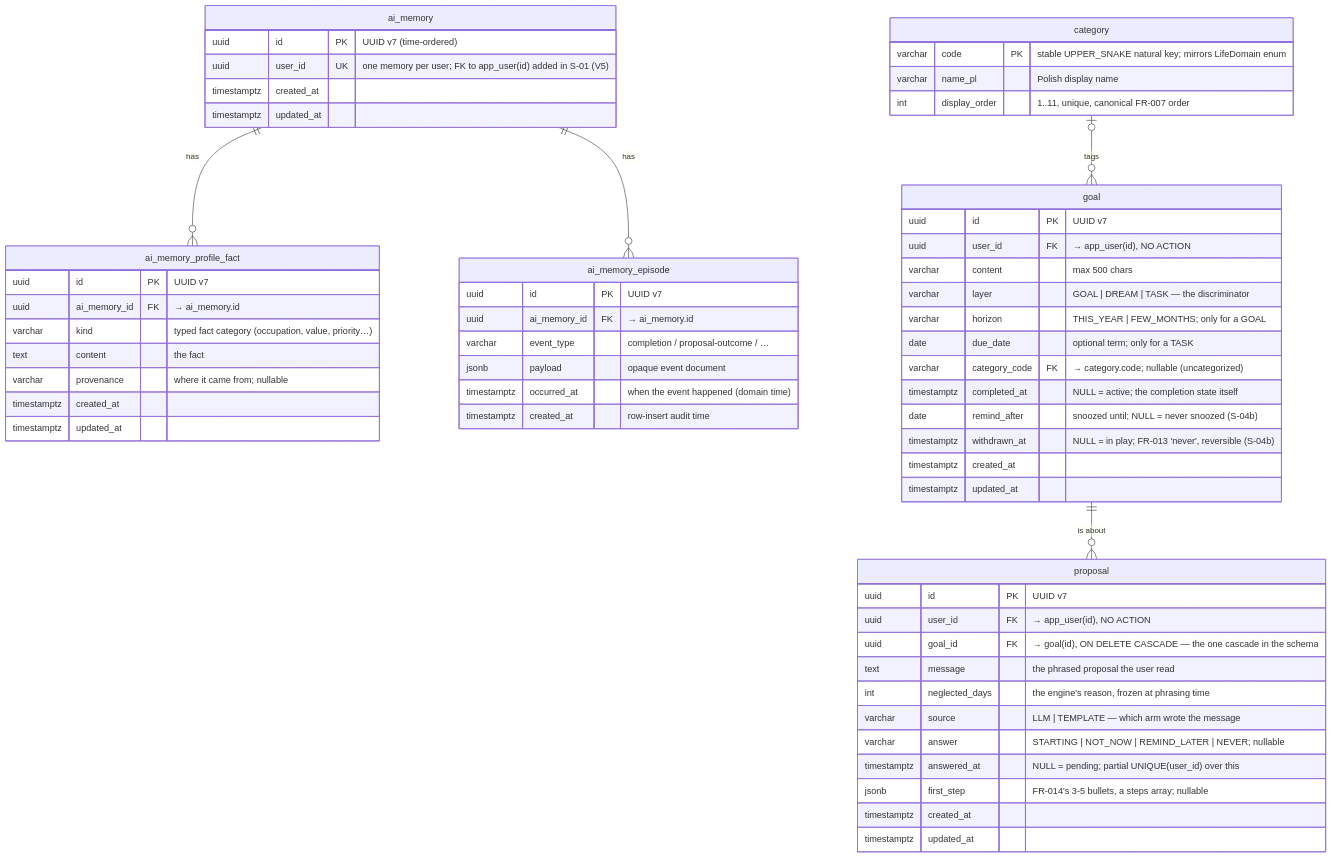
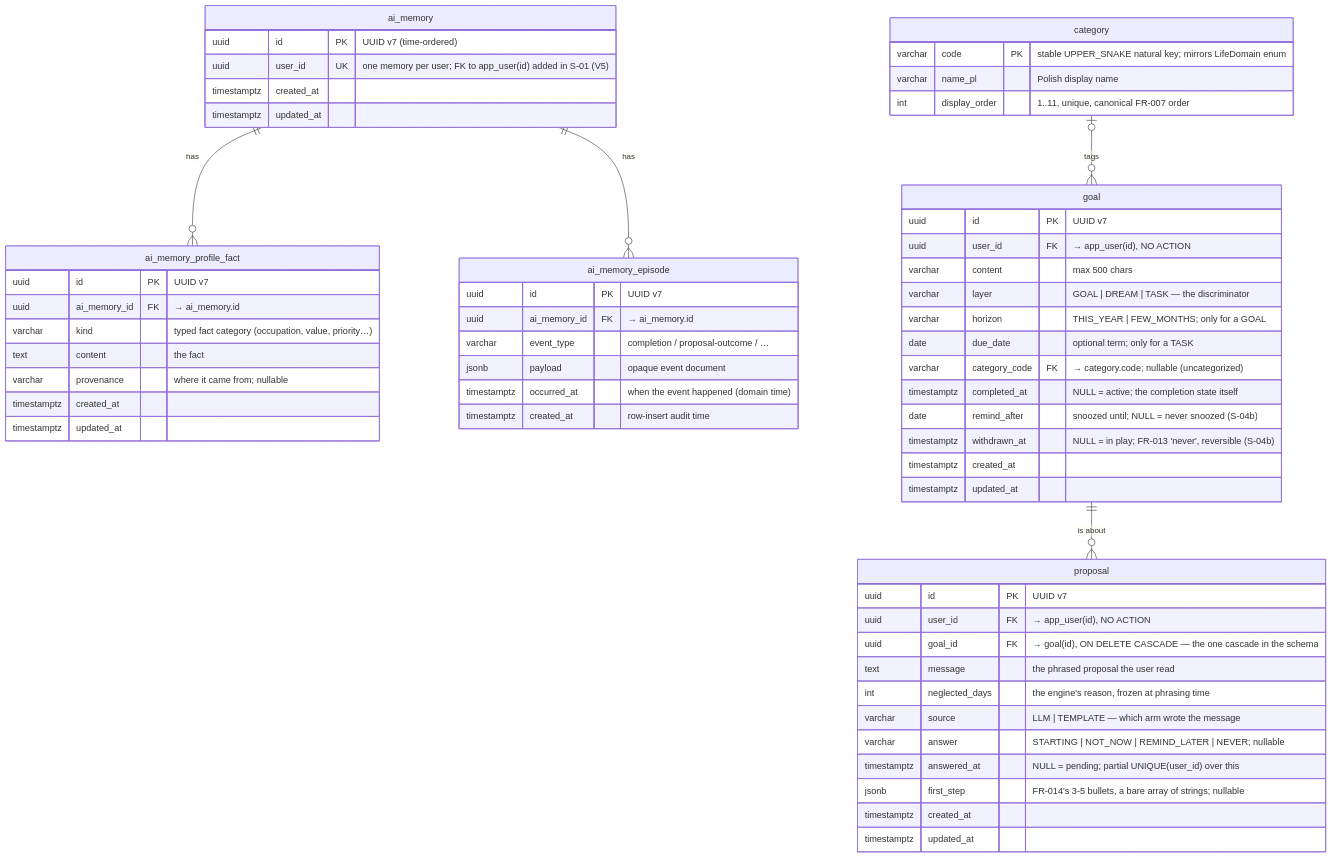
One commit to TheDariusz/2doai changed the diagram in context/foundation/data-model.md. Above: the diagram before and after it, drawn with Mermaid. The commit also changed other lines of this file and 19 other files, not shown here.

````diff
--- a/context/foundation/data-model.md
+++ b/context/foundation/data-model.md
@@ -10,68 +10,68 @@
 ```mermaid
 erDiagram
     category {
         varchar code PK "stable UPPER_SNAKE natural key; mirrors LifeDomain enum"
         varchar name_pl "Polish display name"
         int display_order "1..11, unique, canonical FR-007 order"
     }
 
     ai_memory ||--o{ ai_memory_profile_fact : has
     ai_memory ||--o{ ai_memory_episode : has
 
     ai_memory {
         uuid id PK "UUID v7 (time-ordered)"
         uuid user_id UK "one memory per user; FK to app_user(id) added in S-01 (V5)"
         timestamptz created_at
         timestamptz updated_at
     }
     ai_memory_profile_fact {
         uuid id PK "UUID v7"
         uuid ai_memory_id FK "→ ai_memory.id"
         varchar kind "typed fact category (occupation, value, priority…)"
         text content "the fact"
         varchar provenance "where it came from; nullable"
         timestamptz created_at
         timestamptz updated_at
     }
     ai_memory_episode {
         uuid id PK "UUID v7"
         uuid ai_memory_id FK "→ ai_memory.id"
         varchar event_type "completion / proposal-outcome / …"
         jsonb payload "opaque event document"
         timestamptz occurred_at "when the event happened (domain time)"
         timestamptz created_at "row-insert audit time"
     }
 
     category |o--o{ goal : "tags"
 
     goal {
         uuid id PK "UUID v7"
         uuid user_id FK "→ app_user(id), NO ACTION"
         varchar content "max 500 chars"
         varchar layer "GOAL | DREAM | TASK — the discriminator"
         varchar horizon "THIS_YEAR | FEW_MONTHS; only for a GOAL"
         date due_date "optional term; only for a TASK"
         varchar category_code FK "→ category.code; nullable (uncategorized)"
         timestamptz completed_at "NULL = active; the completion state itself"
         date remind_after "snoozed until; NULL = never snoozed (S-04b)"
         timestamptz withdrawn_at "NULL = in play; FR-013 'never', reversible (S-04b)"
         timestamptz created_at
         timestamptz updated_at
     }
 
     goal ||--o{ proposal : "is about"
 
     proposal {
         uuid id PK "UUID v7"
         uuid user_id FK "→ app_user(id), NO ACTION"
         uuid goal_id FK "→ goal(id), ON DELETE CASCADE — the one cascade in the schema"
         text message "the phrased proposal the user read"
         int neglected_days "the engine's reason, frozen at phrasing time"
         varchar source "LLM | TEMPLATE — which arm wrote the message"
         varchar answer "STARTING | NOT_NOW | REMIND_LATER | NEVER; nullable"
         timestamptz answered_at "NULL = pending; partial UNIQUE(user_id) over this"
-        jsonb first_step "FR-014's 3-5 bullets, a steps array; nullable"
+        jsonb first_step "FR-014's 3-5 bullets, a bare array of strings; nullable"
         timestamptz created_at
         timestamptz updated_at
     }
 ```
````
